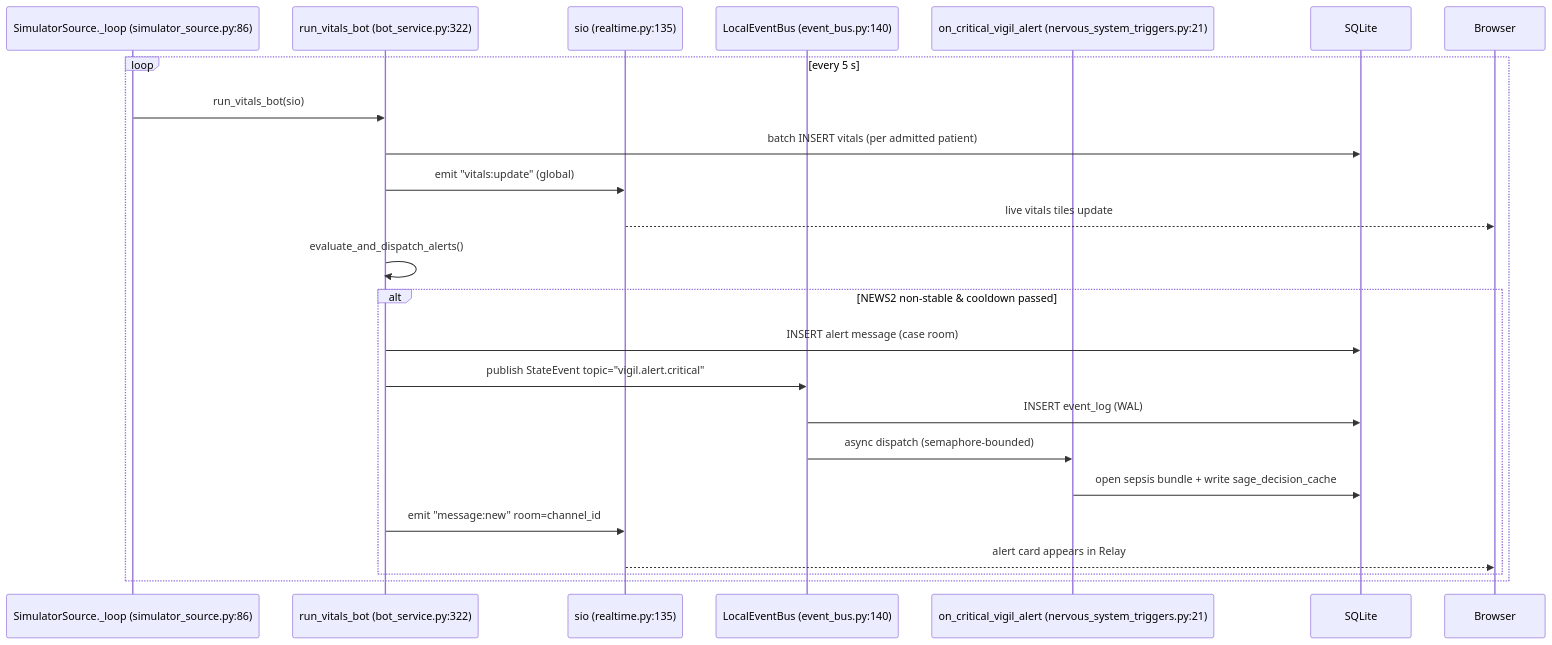
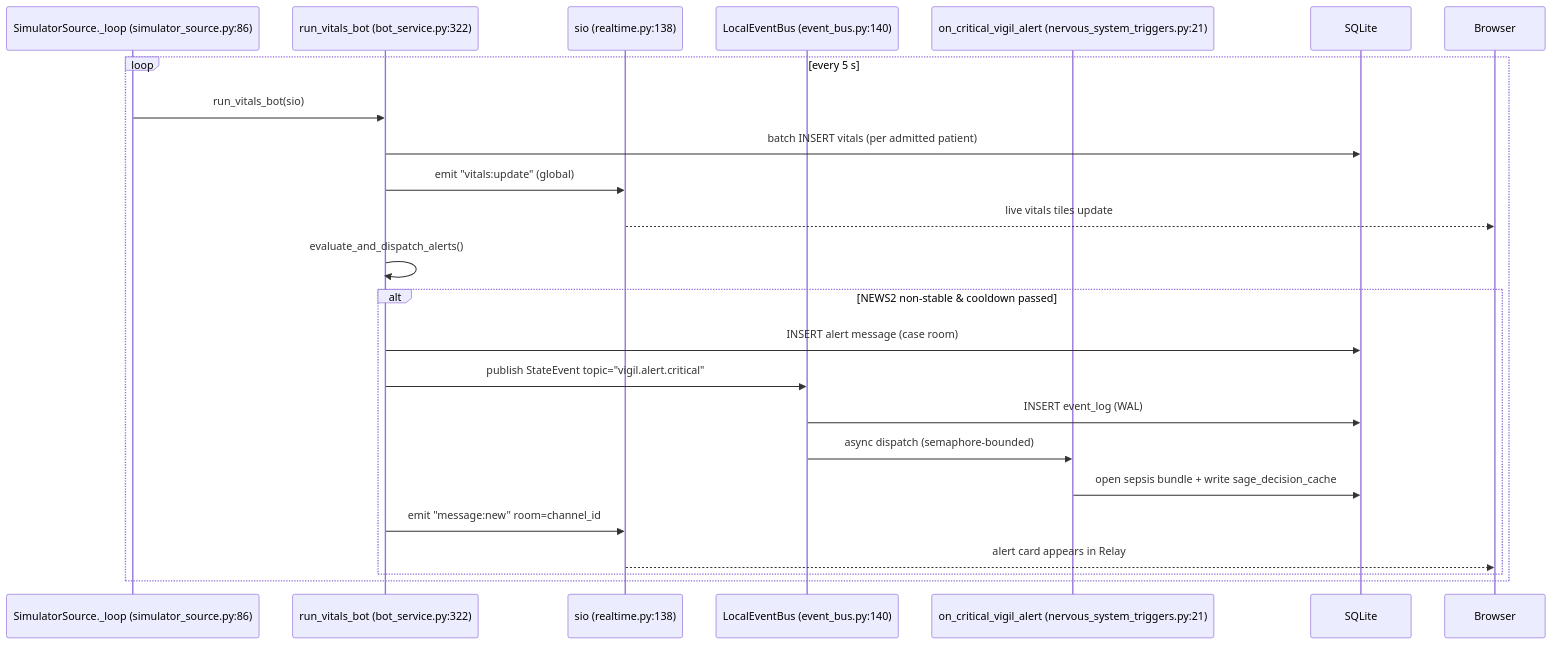
The second of 2 diagrams in docs/guide/06-realtime.md (samuelmorningstar23/Orb), drawn with Mermaid before and after one commit. The commit also changed other lines of this file and 151 other files, not shown here.

````diff
--- a/docs/guide/06-realtime.md
+++ b/docs/guide/06-realtime.md
@@ -68,27 +68,27 @@
 ```mermaid
 sequenceDiagram
     participant T as SimulatorSource._loop (simulator_source.py:86)
     participant B as run_vitals_bot (bot_service.py:322)
-    participant S as sio (realtime.py:135)
+    participant S as sio (realtime.py:138)
     participant EB as LocalEventBus (event_bus.py:140)
     participant NT as on_critical_vigil_alert (nervous_system_triggers.py:21)
     participant DB as SQLite
     participant C as Browser
 
     loop every 5 s
         T->>B: run_vitals_bot(sio)
         B->>DB: batch INSERT vitals (per admitted patient)
         B->>S: emit "vitals:update" (global)
         S-->>C: live vitals tiles update
         B->>B: evaluate_and_dispatch_alerts()
         alt NEWS2 non-stable & cooldown passed
             B->>DB: INSERT alert message (case room)
             B->>EB: publish StateEvent topic="vigil.alert.critical"
             EB->>DB: INSERT event_log (WAL)
             EB->>NT: async dispatch (semaphore-bounded)
             NT->>DB: open sepsis bundle + write sage_decision_cache
             B->>S: emit "message:new" room=channel_id
             S-->>C: alert card appears in Relay
         end
     end
 ```
````
